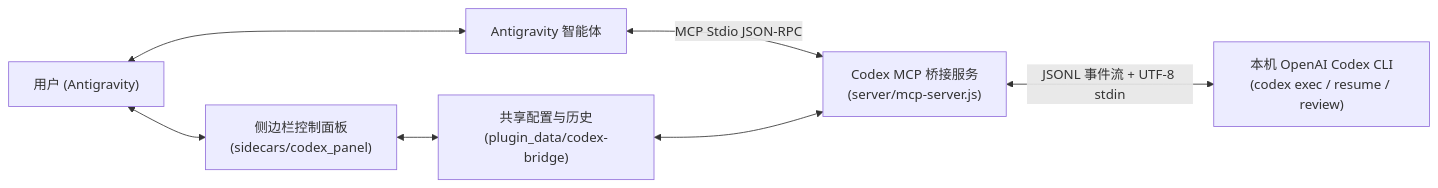
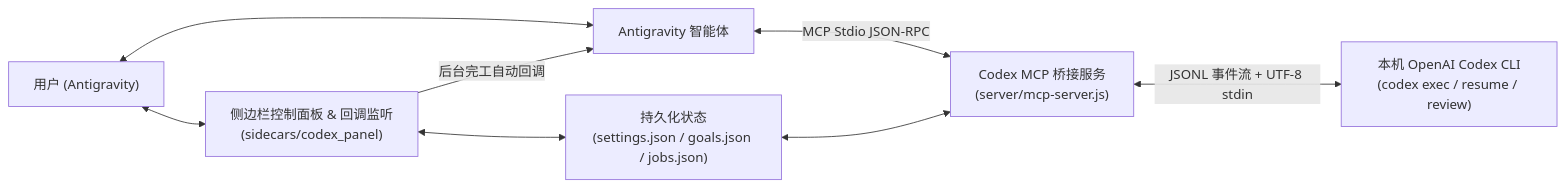
The diagram in README.zh-CN.md (yeyuhants-prog/codex-bridge), drawn with Mermaid before and after one commit. The commit also changed other lines of this file and 16 other files, not shown here.

````diff
--- a/README.zh-CN.md
+++ b/README.zh-CN.md
@@ -36,9 +38,10 @@
 ```mermaid
 flowchart LR
   User["用户 (Antigravity)"] <--> Agent["Antigravity 智能体"]
-  User <--> Panel["侧边栏控制面板<br/>(sidecars/codex_panel)"]
-  Panel <--> Store["共享配置与历史<br/>(plugin_data/codex-bridge)"]
+  User <--> Panel["侧边栏控制面板 & 回调监听<br/>(sidecars/codex_panel)"]
+  Panel -->|后台完工自动回调| Agent
+  Panel <--> Store["持久化状态<br/>(settings.json / goals.json / jobs.json)"]
   Agent <-->|MCP Stdio JSON-RPC| Server["Codex MCP 桥接服务<br/>(server/mcp-server.js)"]
   Store <--> Server
   Server <-->|JSONL 事件流 + UTF-8 stdin| Codex["本机 OpenAI Codex CLI<br/>(codex exec / resume / review)"]
 ```
````
